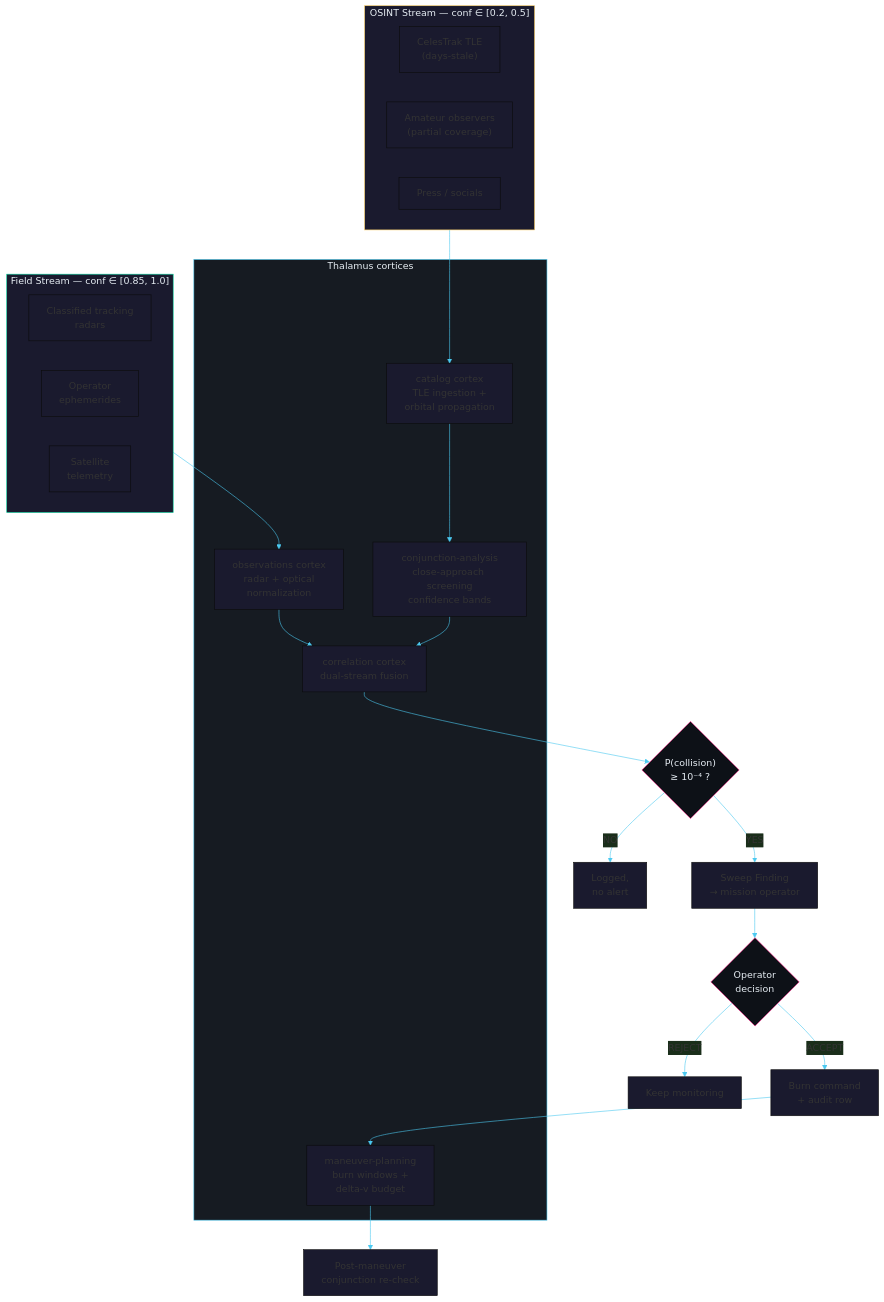
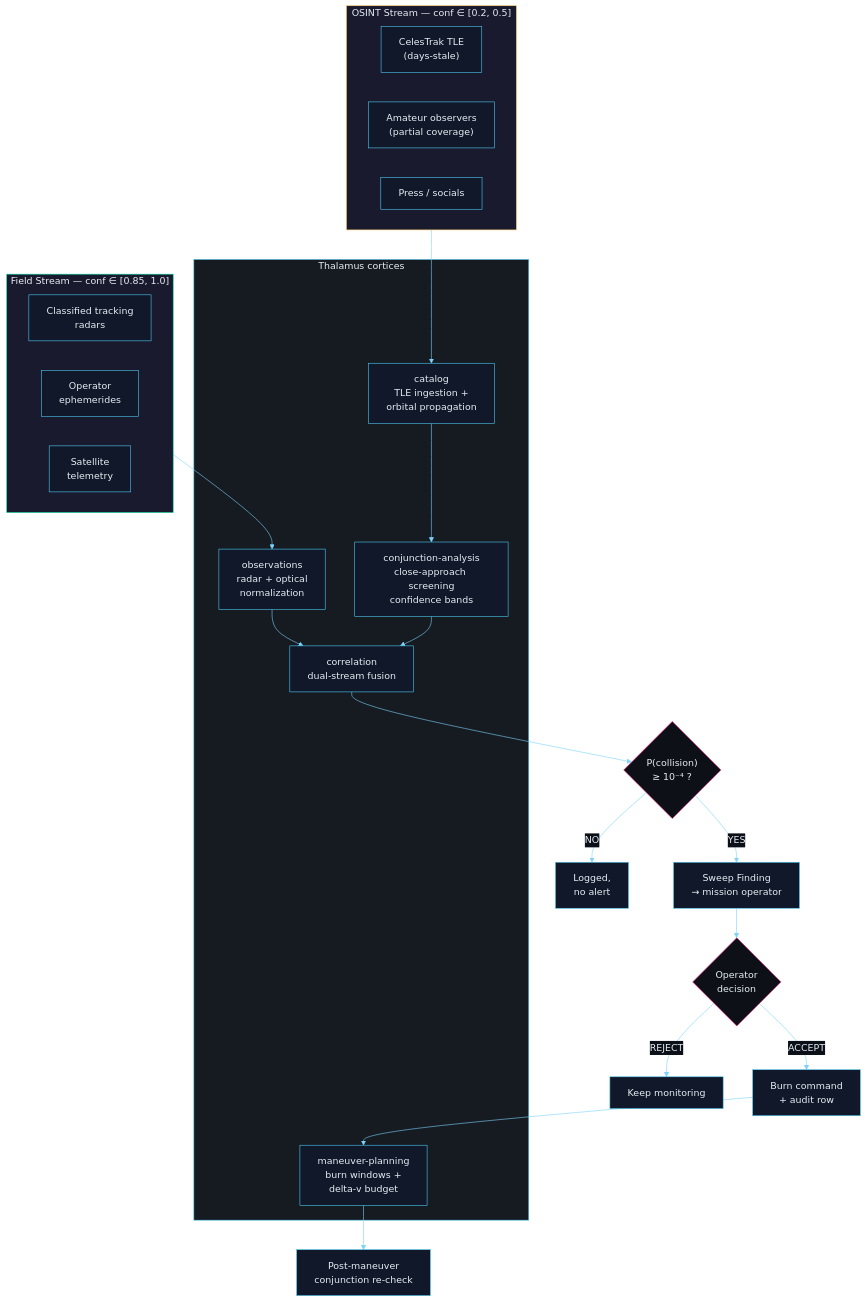
Before and after one commit to jeremienunez/thalamus-usecase-ssa-: the eighth of 15 diagrams in README.md, drawn with Mermaid. The commit also changed other lines of this file and 9 other files, not shown here.

````diff
--- a/README.md
+++ b/README.md
@@ -577,50 +371,50 @@
 ```mermaid
-%%{init: {'theme': 'base', 'themeVariables': {'primaryColor': '#1a1a2e', 'lineColor': '#4cc9f0'}}}%%
-
+%%{init: {'theme':'base','themeVariables':{'background':'#0b0f17','primaryColor':'#11182a','primaryTextColor':'#e6edf3','primaryBorderColor':'#4cc9f0','secondaryColor':'#1a2033','tertiaryColor':'#141a28','secondaryTextColor':'#e6edf3','tertiaryTextColor':'#e6edf3','noteTextColor':'#e6edf3','noteBkgColor':'#1a2033','noteBorderColor':'#4cc9f0','lineColor':'#7dd3fc','textColor':'#e6edf3','mainBkg':'#11182a','secondBkg':'#1a2033','clusterBkg':'#0d1320','clusterBorder':'#4cc9f0','titleColor':'#e6edf3','edgeLabelBackground':'#0b0f17','labelBoxBkgColor':'#11182a','labelBoxBorderColor':'#4cc9f0','labelTextColor':'#e6edf3','actorBkg':'#11182a','actorBorder':'#4cc9f0','actorTextColor':'#e6edf3','actorLineColor':'#7dd3fc','signalColor':'#e6edf3','signalTextColor':'#e6edf3','activationBkgColor':'#1a2033','activationBorderColor':'#4cc9f0','sequenceNumberColor':'#0b0f17','classText':'#e6edf3'}}}%%
 flowchart TB
+    classDef default fill:#11182a,stroke:#4cc9f0,stroke-width:1px,color:#e6edf3;
     subgraph OSINT["OSINT Stream — conf ∈ [0.2, 0.5]"]
         direction LR
-        TLE["CelesTrak TLE\n(days-stale)"]
-        Amateur["Amateur observers\n(partial coverage)"]
+        TLE["CelesTrak TLE<br/>(days-stale)"]
+        Amateur["Amateur observers<br/>(partial coverage)"]
         Press["Press / socials"]
     end
 
     subgraph FIELD["Field Stream — conf ∈ [0.85, 1.0]"]
         direction LR
-        Radar["Classified tracking\nradars"]
-        Ephemeris["Operator\nephemerides"]
-        Telemetry["Satellite\ntelemetry"]
+        Radar["Classified tracking<br/>radars"]
+        Ephemeris["Operator<br/>ephemerides"]
+        Telemetry["Satellite<br/>telemetry"]
     end
 
     subgraph THALAMUS_SSA["Thalamus cortices"]
-        Catalog["catalog cortex\nTLE ingestion +\norbital propagation"]
-        Obs["observations cortex\nradar + optical\nnormalization"]
-        Conj["conjunction-analysis\nclose-approach screening\nconfidence bands"]
-        Corr["correlation cortex\ndual-stream fusion"]
-        Maneuver["maneuver-planning\nburn windows +\ndelta-v budget"]
+        Catalog["catalog<br/>TLE ingestion +<br/>orbital propagation"]
+        Obs["observations<br/>radar + optical<br/>normalization"]
+        Conj["conjunction-analysis<br/>close-approach screening<br/>confidence bands"]
+        Corr["correlation<br/>dual-stream fusion"]
+        Maneuver["maneuver-planning<br/>burn windows +<br/>delta-v budget"]
     end
 
     OSINT --> Catalog
     Catalog --> Conj
     FIELD --> Obs
     Obs --> Corr
     Conj --> Corr
 
-    Corr --> Decision{"P(collision)\n≥ 10⁻⁴ ?"}
+    Corr --> Decision{"P(collision)<br/>≥ 10⁻⁴ ?"}
 
-    Decision -->|"YES"| Finding["Sweep Finding\n→ mission operator"]
-    Decision -->|"NO"| Logged["Logged,\nno alert"]
+    Decision -->|"YES"| Finding["Sweep Finding<br/>→ mission operator"]
+    Decision -->|"NO"| Logged["Logged,<br/>no alert"]
 
-    Finding --> Operator{"Operator\ndecision"}
-    Operator -->|"ACCEPT"| Burn["Burn command\n+ audit row"]
+    Finding --> Operator{"Operator<br/>decision"}
+    Operator -->|"ACCEPT"| Burn["Burn command<br/>+ audit row"]
     Operator -->|"REJECT"| Monitor["Keep monitoring"]
 
     Burn --> Maneuver
-    Maneuver --> Recheck["Post-maneuver\nconjunction re-check"]
+    Maneuver --> Recheck["Post-maneuver<br/>conjunction re-check"]
 
     style OSINT fill:#1a1a2e,stroke:#ffd166,color:#e6edf3
     style FIELD fill:#1a1a2e,stroke:#06d6a0,color:#e6edf3
     style THALAMUS_SSA fill:#161b22,stroke:#4cc9f0,color:#e6edf3
     style Decision fill:#0d1117,stroke:#f72585,color:#e6edf3
     style Operator fill:#0d1117,stroke:#f72585,color:#e6edf3
 ```
````
